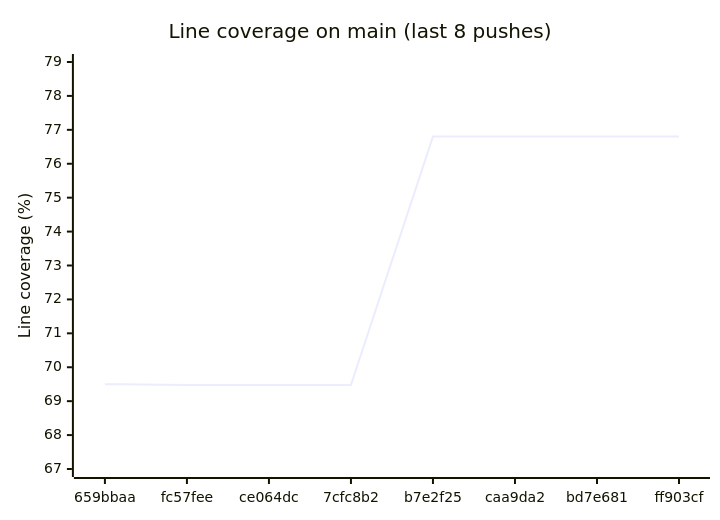
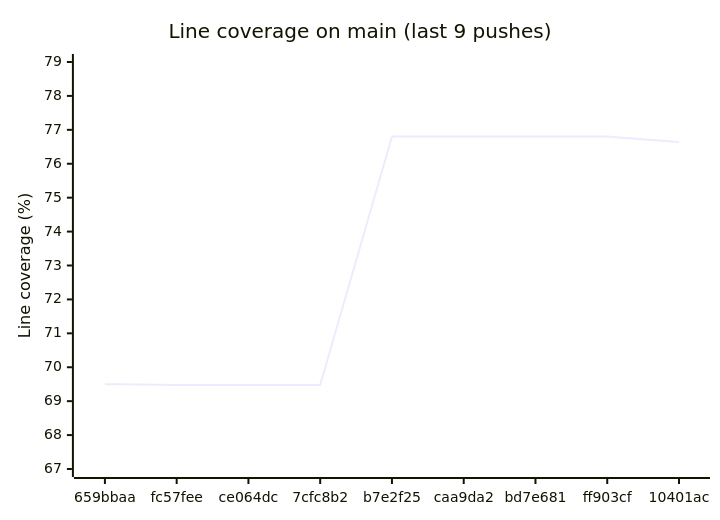
Before and after one commit to enaweg/godot-epluginframework: the diagram in README.md, drawn with Mermaid. The commit also changed other lines of this file and 3 other files, not shown here.

````diff
--- a/README.md
+++ b/README.md
@@ -9,7 +9,7 @@
 ```mermaid
 xychart-beta
-    title "Line coverage on main (last 8 pushes)"
-    x-axis ["659bbaa", "fc57fee", "ce064dc", "7cfc8b2", "b7e2f25", "caa9da2", "bd7e681", "ff903cf"]
+    title "Line coverage on main (last 9 pushes)"
+    x-axis ["659bbaa", "fc57fee", "ce064dc", "7cfc8b2", "b7e2f25", "caa9da2", "bd7e681", "ff903cf", "10401ac"]
     y-axis "Line coverage (%)" 67 --> 79
-    line [69.50, 69.48, 69.48, 69.48, 76.80, 76.80, 76.80, 76.80]
+    line [69.50, 69.48, 69.48, 69.48, 76.80, 76.80, 76.80, 76.80, 76.64]
 ```
````
